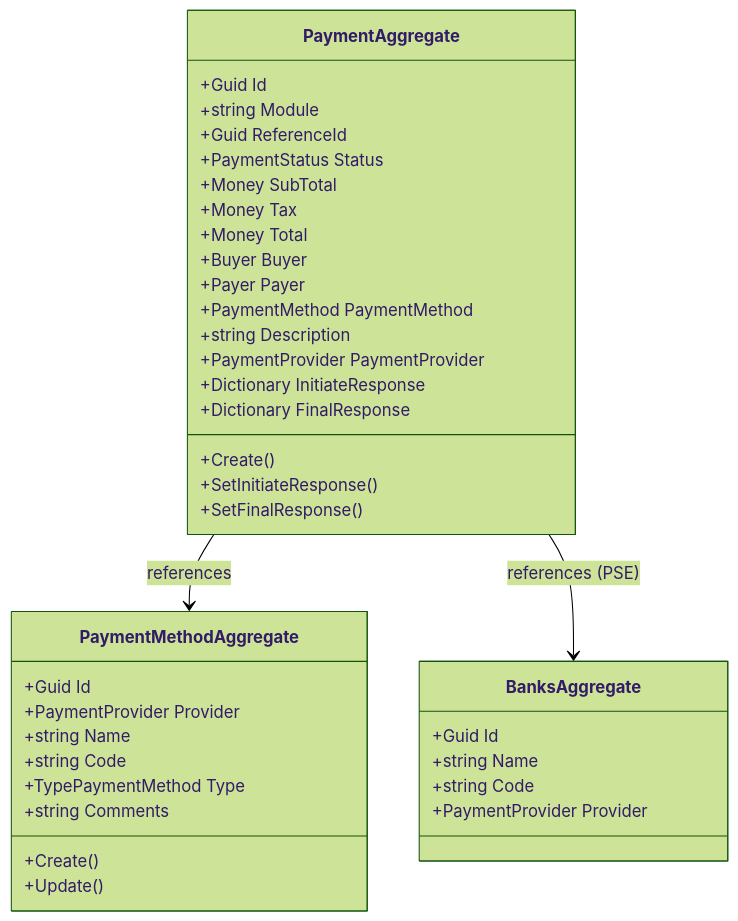
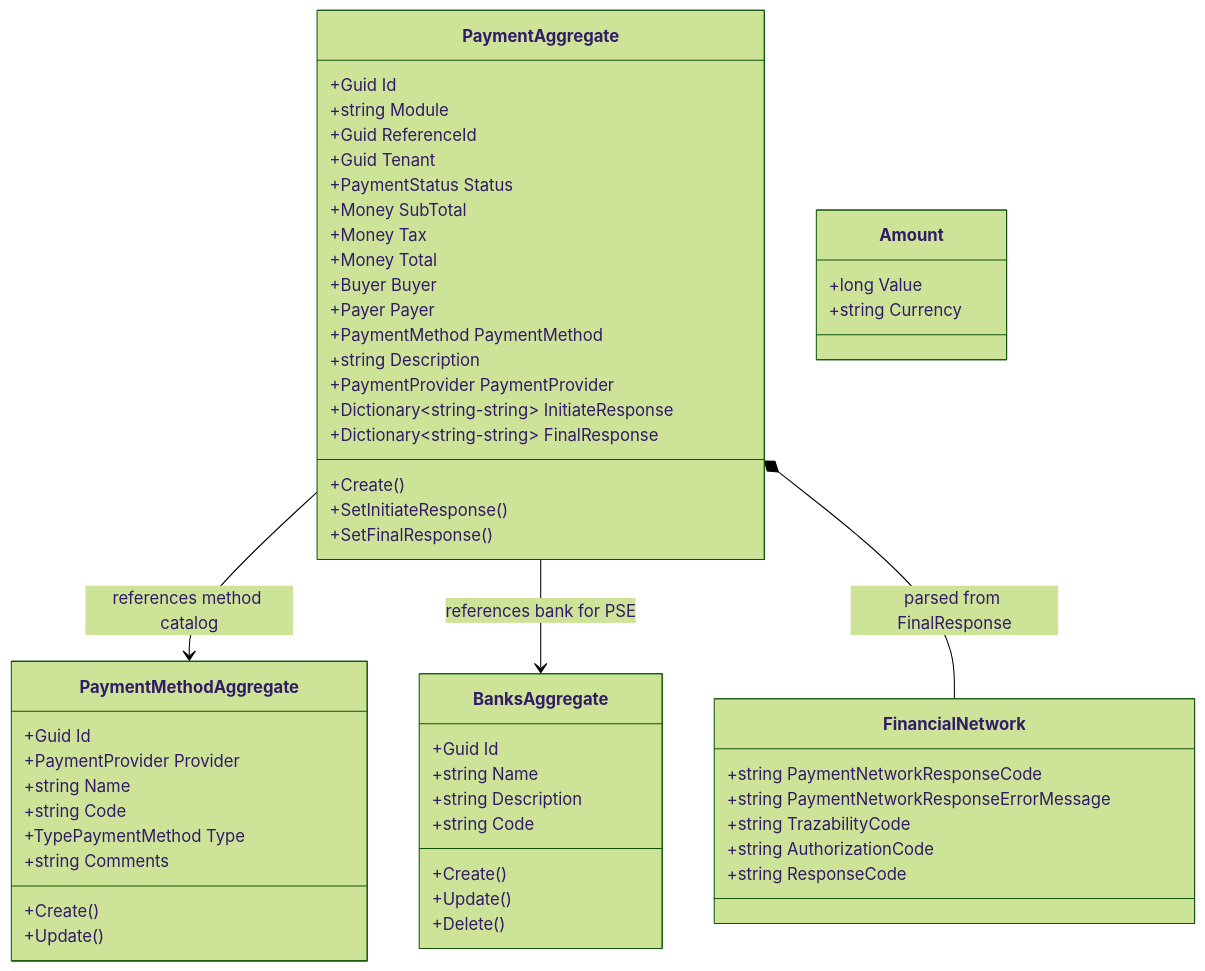
The first of 4 diagrams in README.md (codedesignplus/CodeDesignPlus.Net.Microservice.Payments), drawn with Mermaid (forest theme) before and after one commit. The commit also changed other lines of this file, not shown here.

Commit message:
docs: rewrite README from verified source code — accurate events, flows, and gaps

````diff
--- a/README.md
+++ b/README.md
@@ -43,43 +40,61 @@
 ```mermaid
 classDiagram
     class PaymentAggregate {
         +Guid Id
         +string Module
         +Guid ReferenceId
+        +Guid Tenant
         +PaymentStatus Status
         +Money SubTotal
         +Money Tax
         +Money Total
         +Buyer Buyer
         +Payer Payer
         +PaymentMethod PaymentMethod
         +string Description
         +PaymentProvider PaymentProvider
-        +Dictionary InitiateResponse
-        +Dictionary FinalResponse
+        +Dictionary~string-string~ InitiateResponse
+        +Dictionary~string-string~ FinalResponse
         +Create()
         +SetInitiateResponse()
         +SetFinalResponse()
     }
 
     class PaymentMethodAggregate {
         +Guid Id
         +PaymentProvider Provider
         +string Name
         +string Code
         +TypePaymentMethod Type
         +string Comments
         +Create()
         +Update()
     }
 
     class BanksAggregate {
         +Guid Id
         +string Name
+        +string Description
         +string Code
-        +PaymentProvider Provider
+        +Create()
+        +Update()
+        +Delete()
     }
 
-    PaymentAggregate --> PaymentMethodAggregate : references
-    PaymentAggregate --> BanksAggregate : references (PSE)
+    class FinancialNetwork {
+        +string PaymentNetworkResponseCode
+        +string PaymentNetworkResponseErrorMessage
+        +string TrazabilityCode
+        +string AuthorizationCode
+        +string ResponseCode
+    }
+
+    class Amount {
+        +long Value
+        +string Currency
+    }
+
+    PaymentAggregate --> PaymentMethodAggregate : references method catalog
+    PaymentAggregate --> BanksAggregate : references bank for PSE
+    PaymentAggregate *-- FinancialNetwork : parsed from FinalResponse
 ```
````
